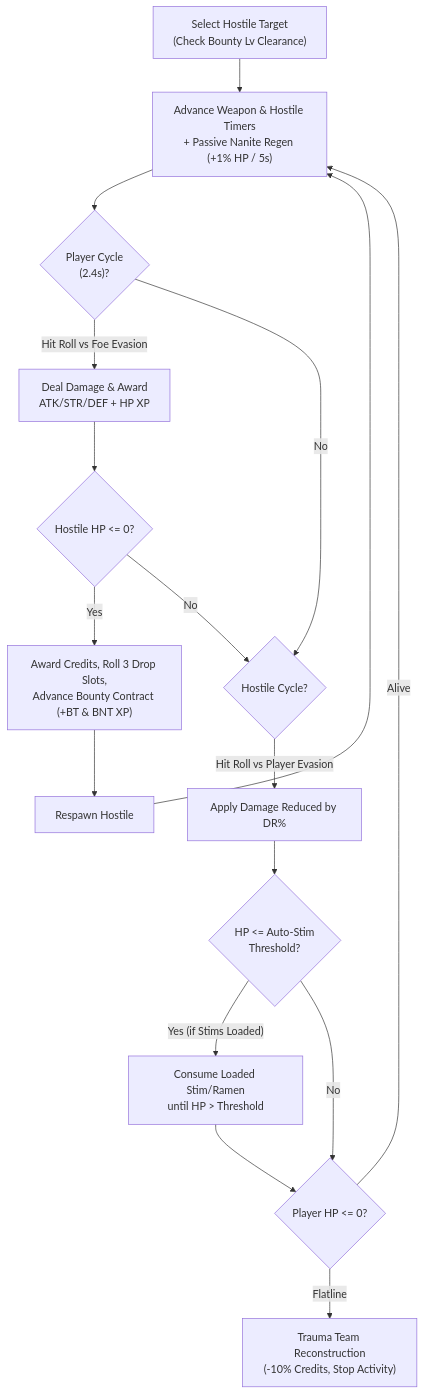
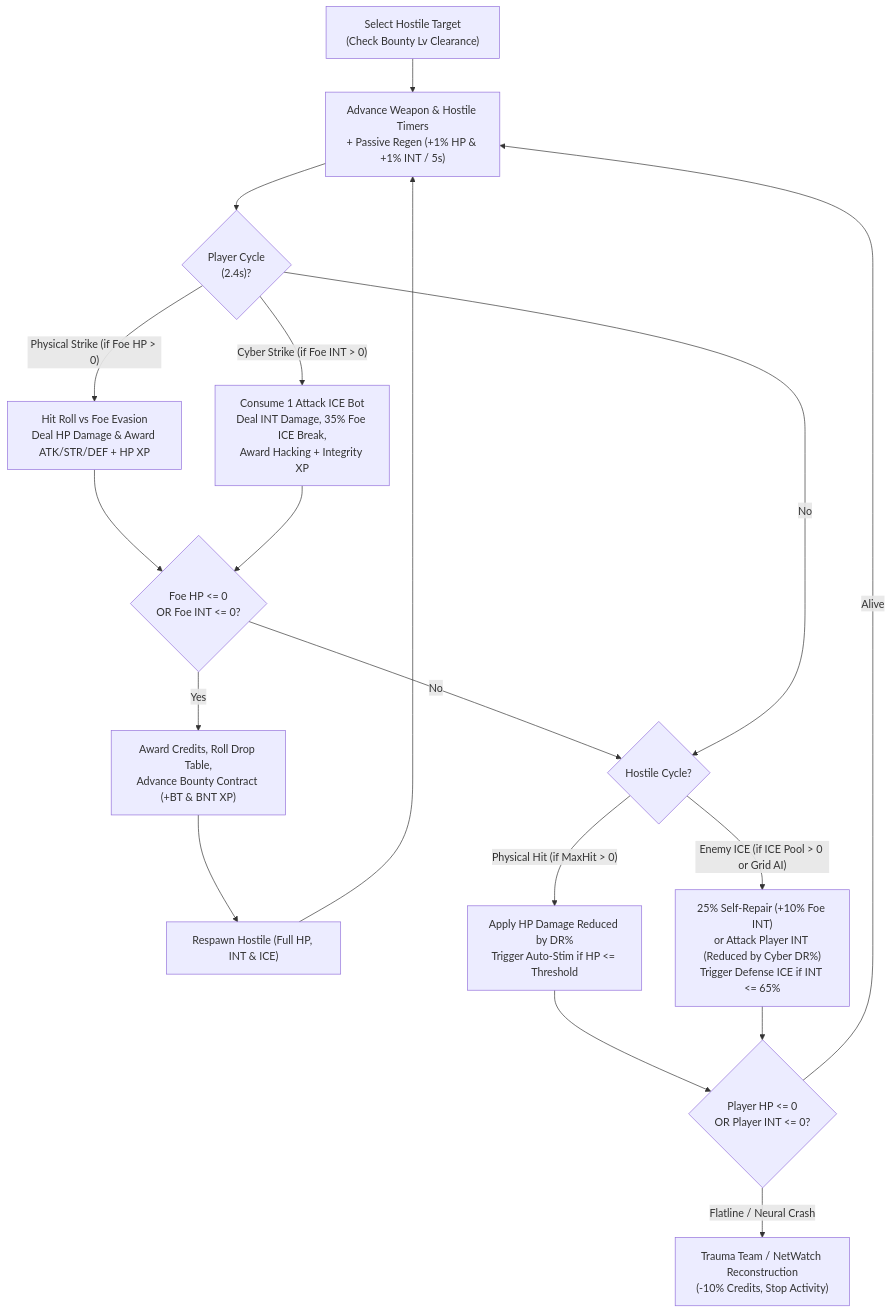
The first of 2 diagrams in docs/combat.md (Mizux/routineverse), drawn with Mermaid before and after one commit. The commit also changed other lines of this file and 4 other files, not shown here.

````diff
--- a/docs/combat.md
+++ b/docs/combat.md
@@ -9,23 +21,24 @@
 ```mermaid
 flowchart TD
-  START["Select Hostile Target<br/>(Check Bounty Lv Clearance)"] --> TIMERS["Advance Weapon & Hostile Timers<br/>+ Passive Nanite Regen (+1% HP / 5s)"]
+  START["Select Hostile Target<br/>(Check Bounty Lv Clearance)"] --> TIMERS["Advance Weapon & Hostile Timers<br/>+ Passive Regen (+1% HP & +1% INT / 5s)"]
 
   TIMERS --> PLR_ATK{"Player Cycle<br/>(2.4s)?"}
-  PLR_ATK -->|"Hit Roll vs Foe Evasion"| DMG["Deal Damage & Award<br/>ATK/STR/DEF + HP XP"]
-  DMG --> FOE_DEAD{"Hostile HP <= 0?"}
+  PLR_ATK -->|"Physical Strike (if Foe HP > 0)"| PHYS_DMG["Hit Roll vs Foe Evasion<br/>Deal HP Damage & Award ATK/STR/DEF + HP XP"]
+  PLR_ATK -->|"Cyber Strike (if Foe INT > 0)"| ICE_DMG["Consume 1 Attack ICE Bot<br/>Deal INT Damage, 35% Foe ICE Break,<br/>Award Hacking + Integrity XP"]
 
-  FOE_DEAD -->|"Yes"| LOOT["Award Credits, Roll 3 Drop Slots,<br/>Advance Bounty Contract (+BT & BNT XP)"]
-  LOOT --> RESPAWN["Respawn Hostile"] --> TIMERS
+  PHYS_DMG & ICE_DMG --> FOE_DEAD{"Foe HP <= 0<br/>OR Foe INT <= 0?"}
+
+  FOE_DEAD -->|"Yes"| LOOT["Award Credits, Roll Drop Table,<br/>Advance Bounty Contract (+BT & BNT XP)"]
+  LOOT --> RESPAWN["Respawn Hostile (Full HP, INT & ICE)"] --> TIMERS
 
   FOE_DEAD -->|"No"| MON_ATK{"Hostile Cycle?"}
   PLR_ATK -->|"No"| MON_ATK
 
-  MON_ATK -->|"Hit Roll vs Player Evasion"| MON_DMG["Apply Damage Reduced by DR%"]
-  MON_DMG --> AUTO_STIM{"HP <= Auto-Stim<br/>Threshold?"}
-  AUTO_STIM -->|"Yes (if Stims Loaded)"| HEAL["Consume Loaded Stim/Ramen<br/>until HP > Threshold"]
-  HEAL --> PLR_DEAD{"Player HP <= 0?"}
-  AUTO_STIM -->|"No"| PLR_DEAD
+  MON_ATK -->|"Physical Hit (if MaxHit > 0)"| MON_PHYS["Apply HP Damage Reduced by DR%<br/>Trigger Auto-Stim if HP <= Threshold"]
+  MON_ATK -->|"Enemy ICE (if ICE Pool > 0 or Grid AI)"| MON_ICE["25% Self-Repair (+10% Foe INT)<br/>or Attack Player INT (Reduced by Cyber DR%)<br/>Trigger Defense ICE if INT <= 65%"]
 
-  PLR_DEAD -->|"Flatline"| TRAUMA["Trauma Team Reconstruction<br/>(-10% Credits, Stop Activity)"]
+  MON_PHYS & MON_ICE --> PLR_DEAD{"Player HP <= 0<br/>OR Player INT <= 0?"}
+
+  PLR_DEAD -->|"Flatline / Neural Crash"| TRAUMA["Trauma Team / NetWatch Reconstruction<br/>(-10% Credits, Stop Activity)"]
   PLR_DEAD -->|"Alive"| TIMERS
 ```
````
